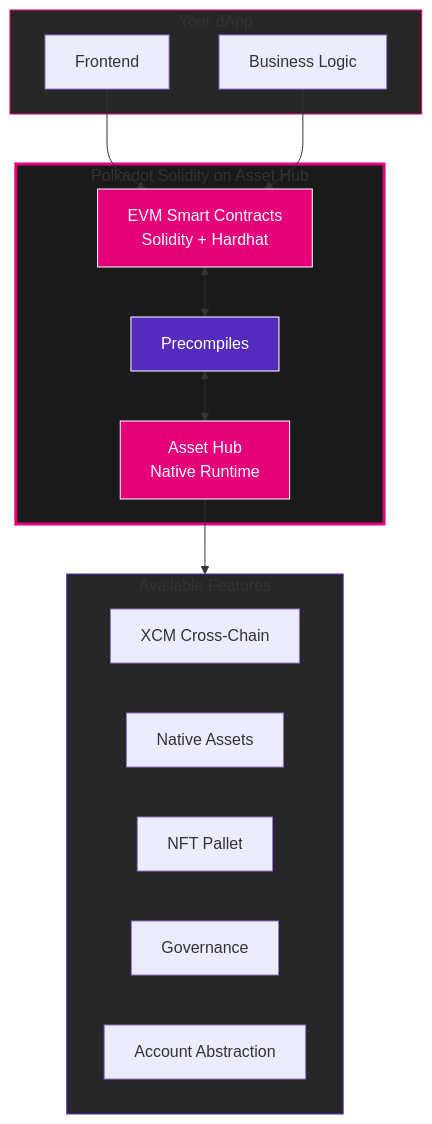
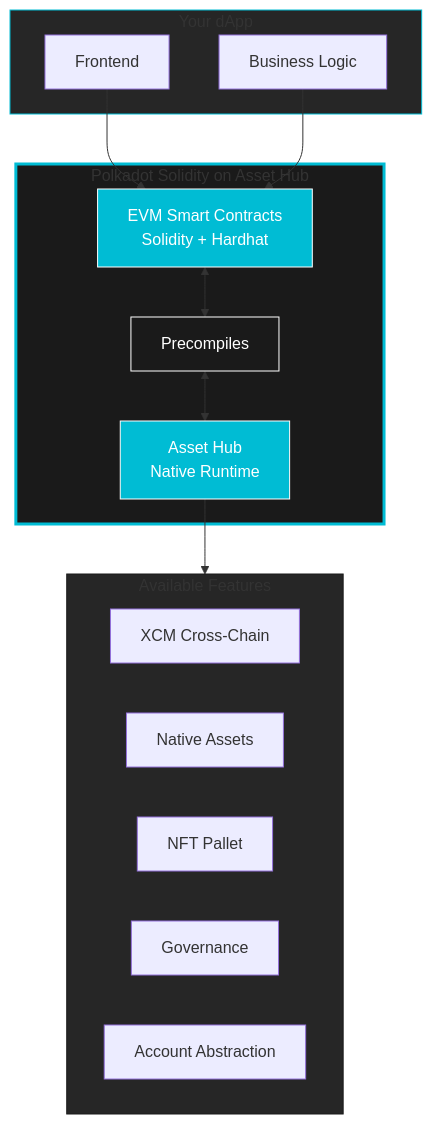
Before and after one commit to openguild-labs/polkadot-codecamp: the fifth of 7 diagrams in slides/build-on-polkadot-narratives.md, drawn with Mermaid. The commit also changed other lines of this file and 6 other files, not shown here.

````diff
--- a/slides/build-on-polkadot-narratives.md
+++ b/slides/build-on-polkadot-narratives.md
@@ -286,34 +286,34 @@
 ```mermaid
 graph TB
     subgraph DAPP[Your dApp]
         UI[Frontend]
         LOGIC[Business Logic]
     end
 
     subgraph HUB[Polkadot Solidity on Asset Hub]
         EVM[EVM Smart Contracts<br/>Solidity + Hardhat]
         PRECOMPILES[Precompiles]
         RUNTIME[Asset Hub<br/>Native Runtime]
     end
 
     subgraph FEATURES[Available Features]
         F1[XCM Cross-Chain]
         F2[Native Assets]
         F3[NFT Pallet]
         F4[Governance]
         F5[Account Abstraction]
     end
 
     UI --> EVM
     LOGIC --> EVM
     EVM <--> PRECOMPILES
     PRECOMPILES <--> RUNTIME
     RUNTIME --> FEATURES
 
-    style DAPP fill:#262626,stroke:#E6007A
-    style HUB fill:#1a1a1a,stroke:#E6007A,stroke-width:3px
-    style EVM fill:#E6007A,stroke:#fff,color:#fff
-    style PRECOMPILES fill:#552BBF,stroke:#fff,color:#fff
-    style RUNTIME fill:#E6007A,stroke:#fff,color:#fff
-    style FEATURES fill:#262626,stroke:#552BBF
+    style DAPP fill:#262626,stroke:#00BCD4
+    style HUB fill:#1a1a1a,stroke:#00BCD4,stroke-width:3px
+    style EVM fill:#00BCD4,stroke:#fff,color:#fff
+    style PRECOMPILES fill:#1a1a1a,stroke:#fff,color:#fff
+    style RUNTIME fill:#00BCD4,stroke:#fff,color:#fff
+    style FEATURES fill:#262626,stroke:#1a1a1a
 ```
````
